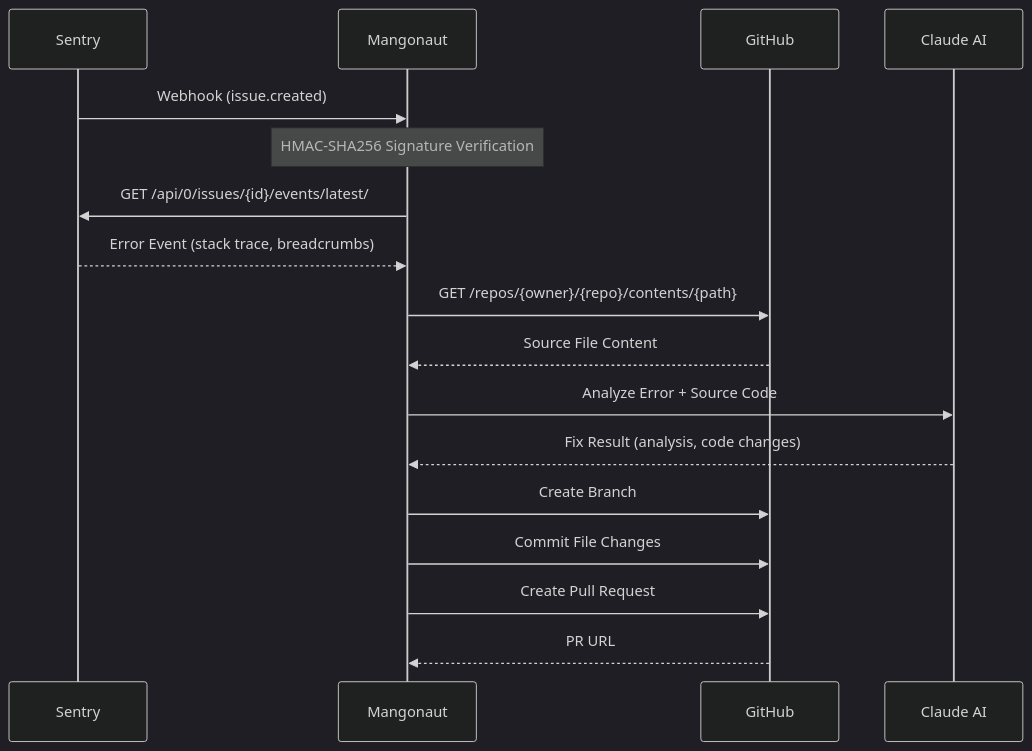
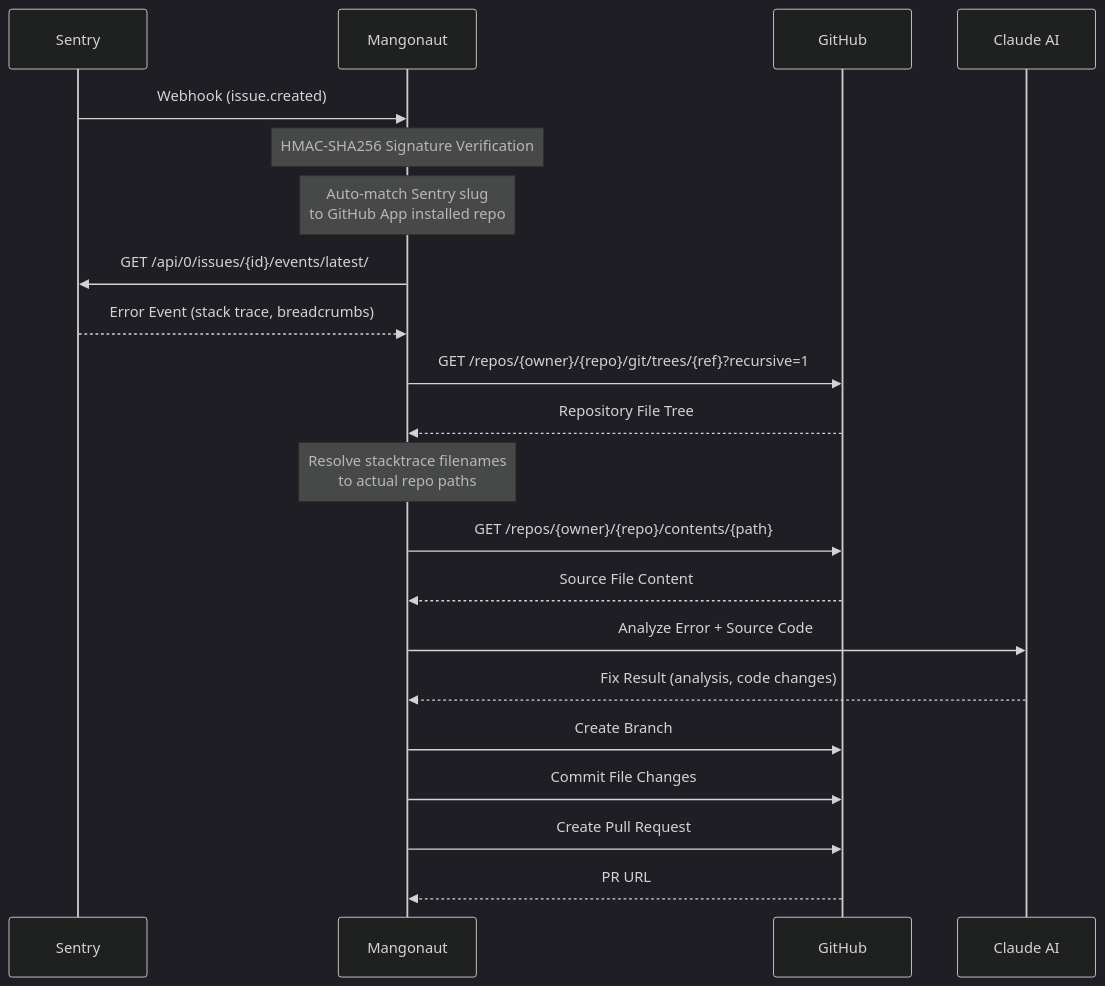
The diagram in README.md (Sujin1135/mangonaut), drawn with Mermaid (dark theme) before and after one commit. The commit also changed other lines of this file and 20 other files, not shown here.

Commit message:
feat: migrate GitHub auth from PAT to GitHub App with dynamic project mapping

````diff
--- a/README.md
+++ b/README.md
@@ -12,23 +12,28 @@
 ```mermaid
 sequenceDiagram
     participant Sentry
     participant Mangonaut
     participant GitHub
     participant Claude as Claude AI
 
     Sentry->>Mangonaut: Webhook (issue.created)
     Note over Mangonaut: HMAC-SHA256 Signature Verification
+    Note over Mangonaut: Auto-match Sentry slug<br/>to GitHub App installed repo
     Mangonaut->>Sentry: GET /api/0/issues/{id}/events/latest/
     Sentry-->>Mangonaut: Error Event (stack trace, breadcrumbs)
+
+    Mangonaut->>GitHub: GET /repos/{owner}/{repo}/git/trees/{ref}?recursive=1
+    GitHub-->>Mangonaut: Repository File Tree
+    Note over Mangonaut: Resolve stacktrace filenames<br/>to actual repo paths
 
     Mangonaut->>GitHub: GET /repos/{owner}/{repo}/contents/{path}
     GitHub-->>Mangonaut: Source File Content
 
     Mangonaut->>Claude: Analyze Error + Source Code
     Claude-->>Mangonaut: Fix Result (analysis, code changes)
 
     Mangonaut->>GitHub: Create Branch
     Mangonaut->>GitHub: Commit File Changes
     Mangonaut->>GitHub: Create Pull Request
     GitHub-->>Mangonaut: PR URL
 ```
````
